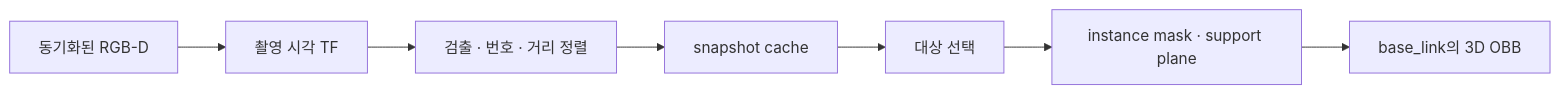
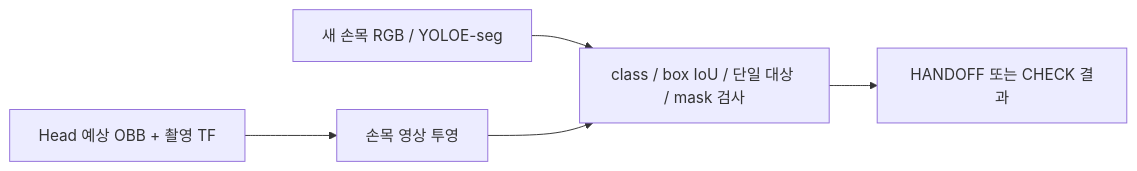
The second of 5 diagrams in ros2_ws/src/cleany_perception/docs/runtime.md (asm17-moving-agent/cleany), drawn with Mermaid before and after one commit. The commit also changed other lines of this file and 74 other files, not shown here.

Commit message:
docs: restructure implementation references around diagrams and tables

````diff
--- a/ros2_ws/src/cleany_perception/docs/runtime.md
+++ b/ros2_ws/src/cleany_perception/docs/runtime.md
@@ -3,9 +160,7 @@
 ```mermaid
 flowchart LR
-  RGBD["동기화된 RGB-D"] --> TF["촬영 시각 TF"]
-  TF --> Detect["검출 · 번호 · 거리 정렬"]
-  Detect --> Cache["snapshot cache"]
-  Cache --> Select["대상 선택"]
-  Select --> Mask["instance mask · support plane"]
-  Mask --> OBB["base_link의 3D OBB"]
+    Expected["Head 예상 OBB + 촬영 TF"] --> Project["손목 영상 투영"]
+    RGB["새 손목 RGB / YOLOE-seg"] --> Check["class / box IoU / 단일 대상 / mask 검사"]
+    Project --> Check
+    Check --> Result["HANDOFF 또는 CHECK 결과"]
 ```
````
